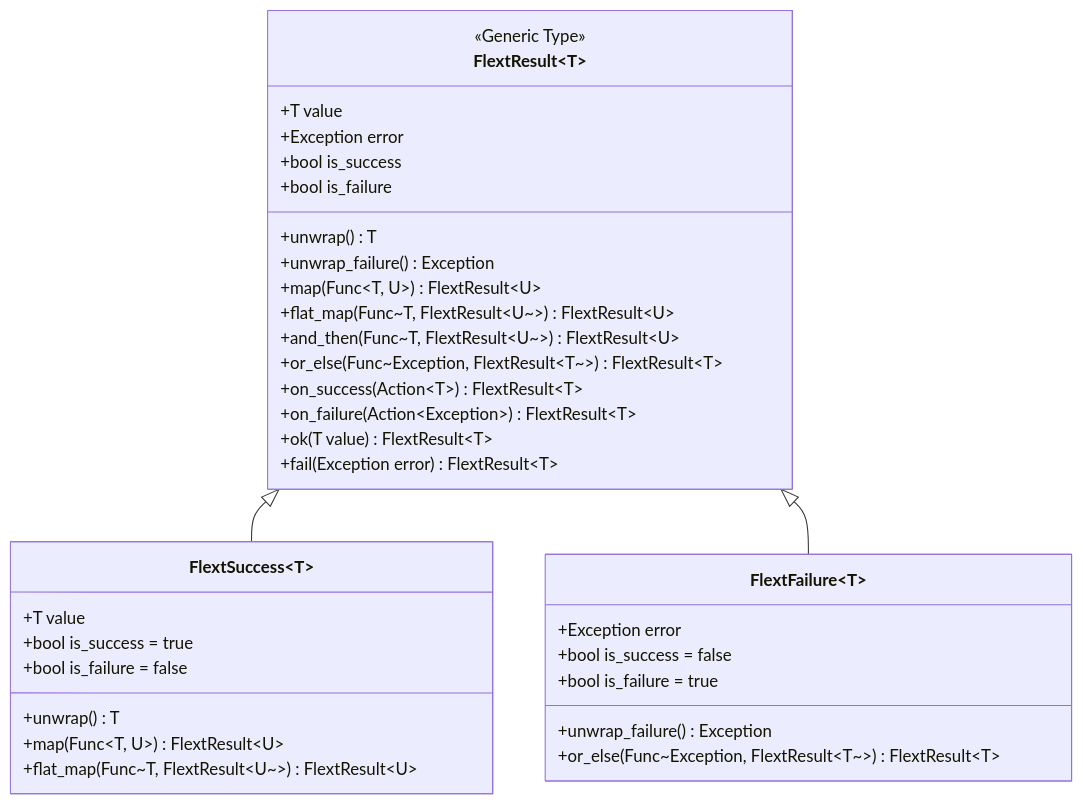
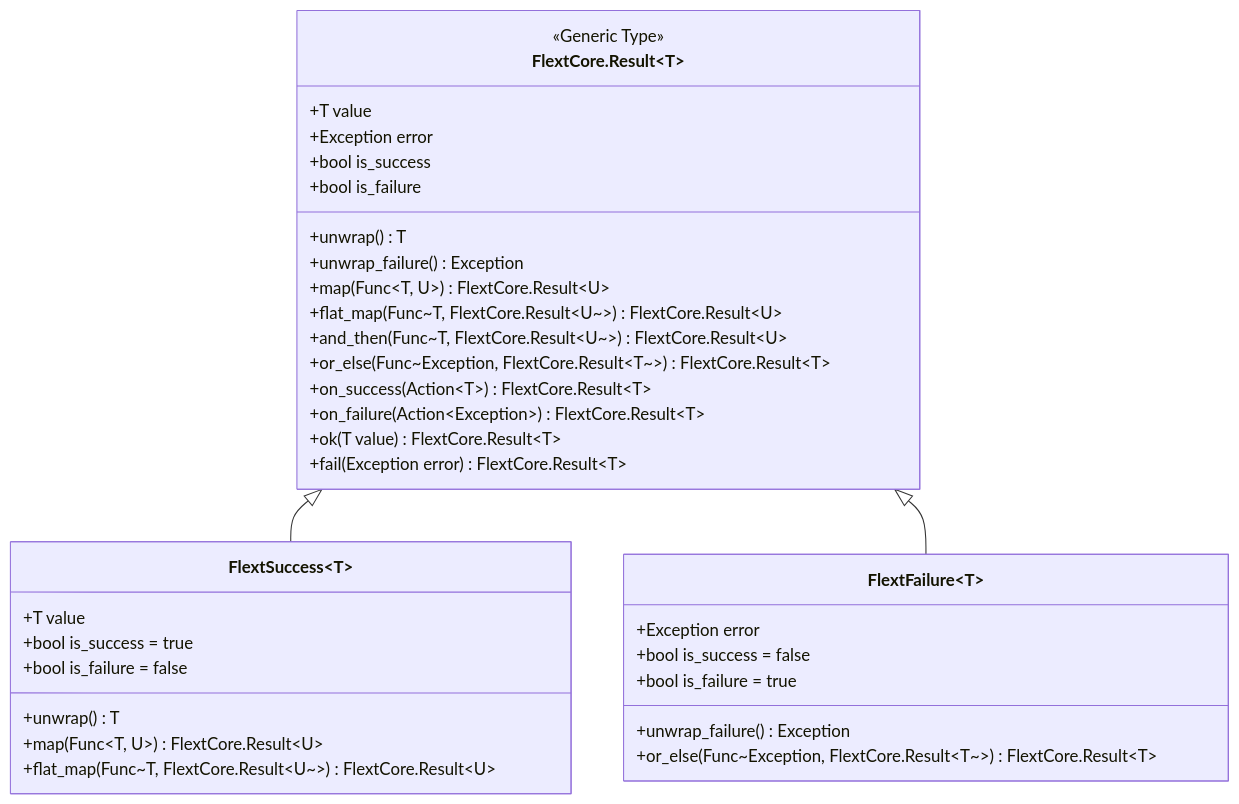
The first of 10 diagrams in docs/architecture/c4-model/code-diagrams.md (flext-sh/flext), drawn with Mermaid before and after one commit. The commit also changed other lines of this file and 204 other files, not shown here.

````diff
--- a/docs/architecture/c4-model/code-diagrams.md
+++ b/docs/architecture/c4-model/code-diagrams.md
@@ -9,40 +9,40 @@
 ```mermaid
 classDiagram
-    class FlextResult~T~ {
+    class FlextCore.Result~T~ {
         <<Generic Type>>
         +T value
         +Exception error
         +bool is_success
         +bool is_failure
         +unwrap() T
         +unwrap_failure() Exception
-        +map(Func~T, U~) FlextResult~U~
-        +flat_map(Func~T, FlextResult~U~~) FlextResult~U~
-        +and_then(Func~T, FlextResult~U~~) FlextResult~U~
-        +or_else(Func~Exception, FlextResult~T~~) FlextResult~T~
-        +on_success(Action~T~) FlextResult~T~
-        +on_failure(Action~Exception~) FlextResult~T~
-        +ok(T value) FlextResult~T~
-        +fail(Exception error) FlextResult~T~
+        +map(Func~T, U~) FlextCore.Result~U~
+        +flat_map(Func~T, FlextCore.Result~U~~) FlextCore.Result~U~
+        +and_then(Func~T, FlextCore.Result~U~~) FlextCore.Result~U~
+        +or_else(Func~Exception, FlextCore.Result~T~~) FlextCore.Result~T~
+        +on_success(Action~T~) FlextCore.Result~T~
+        +on_failure(Action~Exception~) FlextCore.Result~T~
+        +ok(T value) FlextCore.Result~T~
+        +fail(Exception error) FlextCore.Result~T~
     }
-    
+
     class FlextSuccess~T~ {
         +T value
         +bool is_success = true
         +bool is_failure = false
         +unwrap() T
-        +map(Func~T, U~) FlextResult~U~
-        +flat_map(Func~T, FlextResult~U~~) FlextResult~U~
+        +map(Func~T, U~) FlextCore.Result~U~
+        +flat_map(Func~T, FlextCore.Result~U~~) FlextCore.Result~U~
     }
-    
+
     class FlextFailure~T~ {
         +Exception error
         +bool is_success = false
         +bool is_failure = true
         +unwrap_failure() Exception
-        +or_else(Func~Exception, FlextResult~T~~) FlextResult~T~
+        +or_else(Func~Exception, FlextCore.Result~T~~) FlextCore.Result~T~
     }
-    
-    FlextResult~T~ <|-- FlextSuccess~T~
-    FlextResult~T~ <|-- FlextFailure~T~
+
+    FlextCore.Result~T~ <|-- FlextSuccess~T~
+    FlextCore.Result~T~ <|-- FlextFailure~T~
 ```
````
